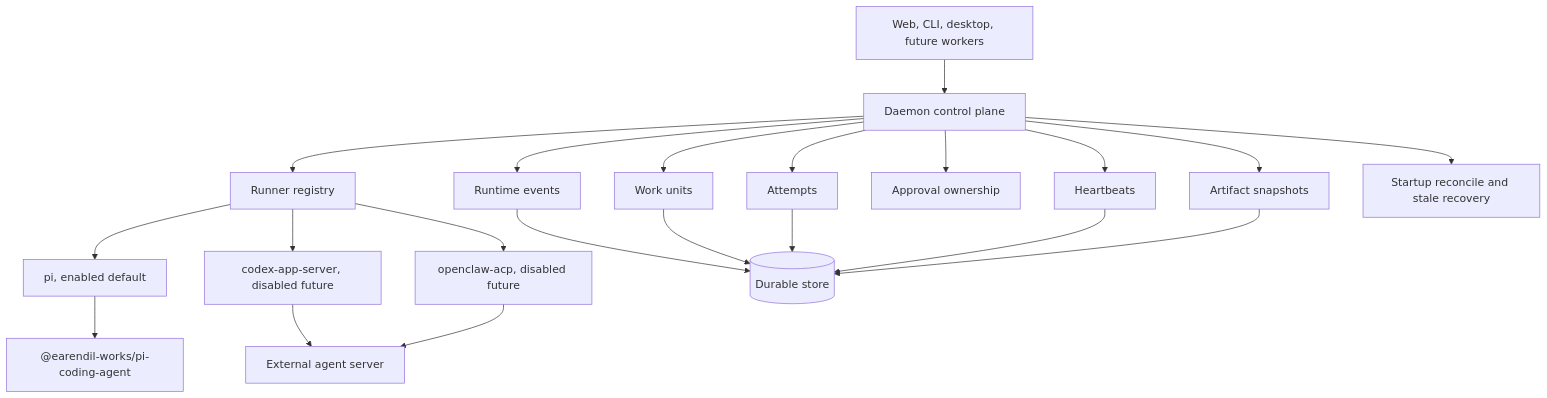
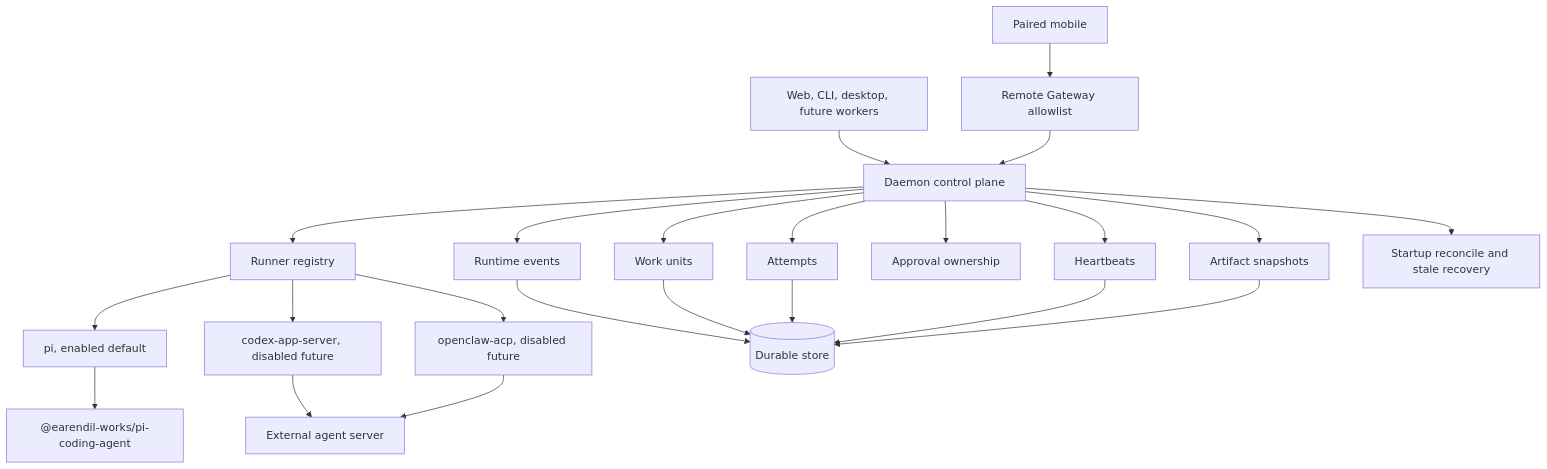
The fifth of 7 diagrams in docs/design/ling-framework.md (ling-stack-org/ling-stack), drawn with Mermaid before and after one commit. The commit also changed other lines of this file and 6 other files, not shown here.

Commit message:
docs: design mobile remote access

````diff
--- a/docs/design/ling-framework.md
+++ b/docs/design/ling-framework.md
@@ -214,27 +218,29 @@
 ```mermaid
 flowchart TD
-  Clients["Web, CLI, desktop, future workers"] --> ControlPlane["Daemon control plane"]
+  LocalClients["Web, CLI, desktop, future workers"] --> ControlPlane["Daemon control plane"]
+  Mobile["Paired mobile"] --> RemoteGateway["Remote Gateway allowlist"]
+  RemoteGateway --> ControlPlane
 
   ControlPlane --> WorkUnits["Work units"]
   ControlPlane --> Attempts["Attempts"]
   ControlPlane --> Heartbeats["Heartbeats"]
   ControlPlane --> RuntimeEvents["Runtime events"]
   ControlPlane --> Approvals["Approval ownership"]
   ControlPlane --> ArtifactIndex["Artifact snapshots"]
   ControlPlane --> RunnerRegistry["Runner registry"]
   ControlPlane --> Recovery["Startup reconcile and stale recovery"]
 
   RunnerRegistry --> PiRunner["pi, enabled default"]
   RunnerRegistry --> CodexRunner["codex-app-server, disabled future"]
   RunnerRegistry --> AcpRunner["openclaw-acp, disabled future"]
 
   PiRunner --> PiKernel["@earendil-works/pi-coding-agent"]
   CodexRunner --> ExternalKernel["External agent server"]
   AcpRunner --> ExternalKernel
 
   RuntimeEvents --> DurableStore[("Durable store")]
   WorkUnits --> DurableStore
   Attempts --> DurableStore
   Heartbeats --> DurableStore
   ArtifactIndex --> DurableStore
 ```
````
